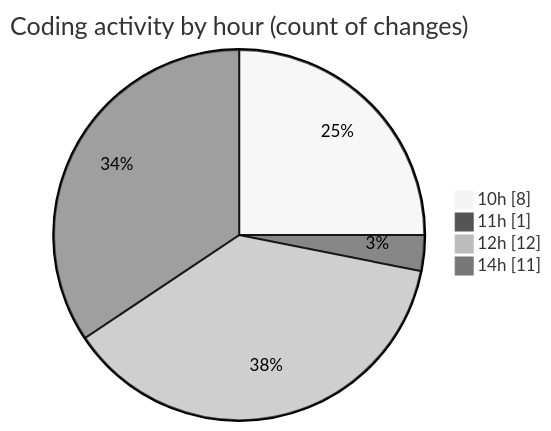
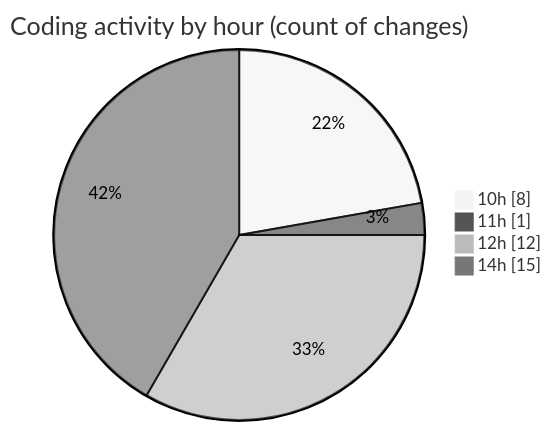
The second of 2 diagrams in 2025-07-31/cda/README.md (momahboobian/code-tracking), drawn with Mermaid (neutral theme) before and after one commit. The commit also changed other lines of this file and 1 other file, not shown here.

````diff
--- a/2025-07-31/cda/README.md
+++ b/2025-07-31/cda/README.md
@@ -32,8 +32,8 @@
 ```mermaid
 pie showData
 title Coding activity by hour (count of changes)
 "10h" : 8
 "11h" : 1
 "12h" : 12
-"14h" : 11
+"14h" : 15
 ```
````
